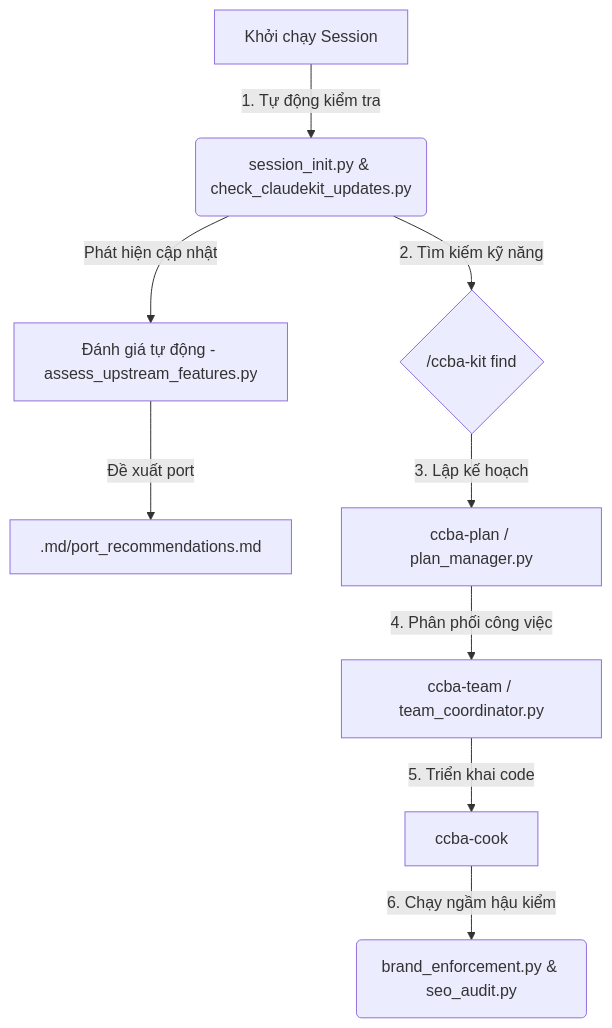
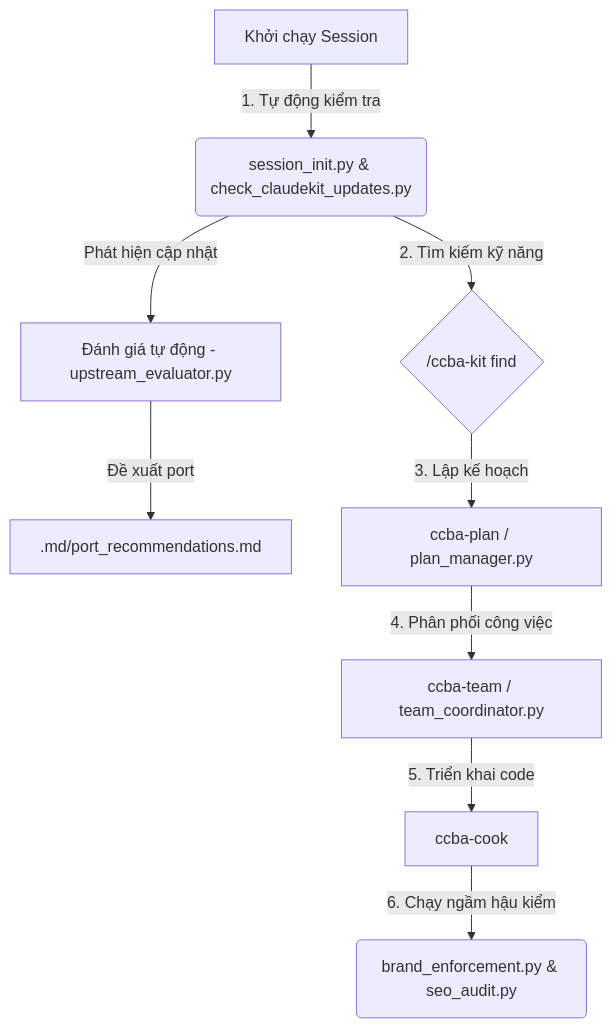
The diagram in packages/mdconverter/docs/getting-started/claudekit-tools.md (vvChu/ccba-agent-platform), drawn with Mermaid before and after one commit. The commit also changed other lines of this file and 69 other files, not shown here.

First line of the commit message:
refactor(architecture): consolidate Deep Modules and CLI infrastructure (#183)

````diff
--- a/packages/mdconverter/docs/getting-started/claudekit-tools.md
+++ b/packages/mdconverter/docs/getting-started/claudekit-tools.md
@@ -11,11 +11,11 @@
 ```mermaid
 graph TD
     A[Khởi chạy Session] -->|1. Tự động kiểm tra| B(session_init.py & check_claudekit_updates.py)
-    B -->|Phát hiện cập nhật| H[Đánh giá tự động - assess_upstream_features.py]
+    B -->|Phát hiện cập nhật| H[Đánh giá tự động - upstream_evaluator.py]
     H -->|Đề xuất port| I[.md/port_recommendations.md]
     B -->|2. Tìm kiếm kỹ năng| C{/ccba-kit find}
     C -->|3. Lập kế hoạch| D[ccba-plan / plan_manager.py]
     D -->|4. Phân phối công việc| E[ccba-team / team_coordinator.py]
     E -->|5. Triển khai code| F[ccba-cook]
     F -->|6. Chạy ngầm hậu kiểm| G(brand_enforcement.py & seo_audit.py)
 ```
````
